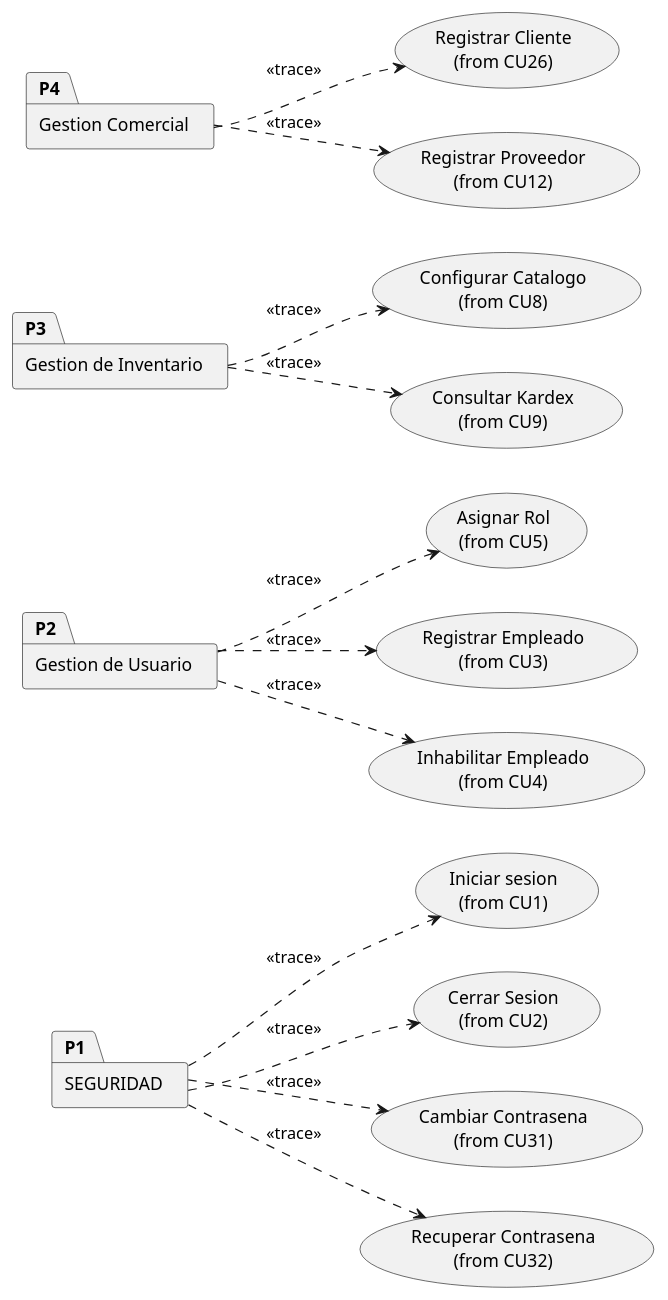
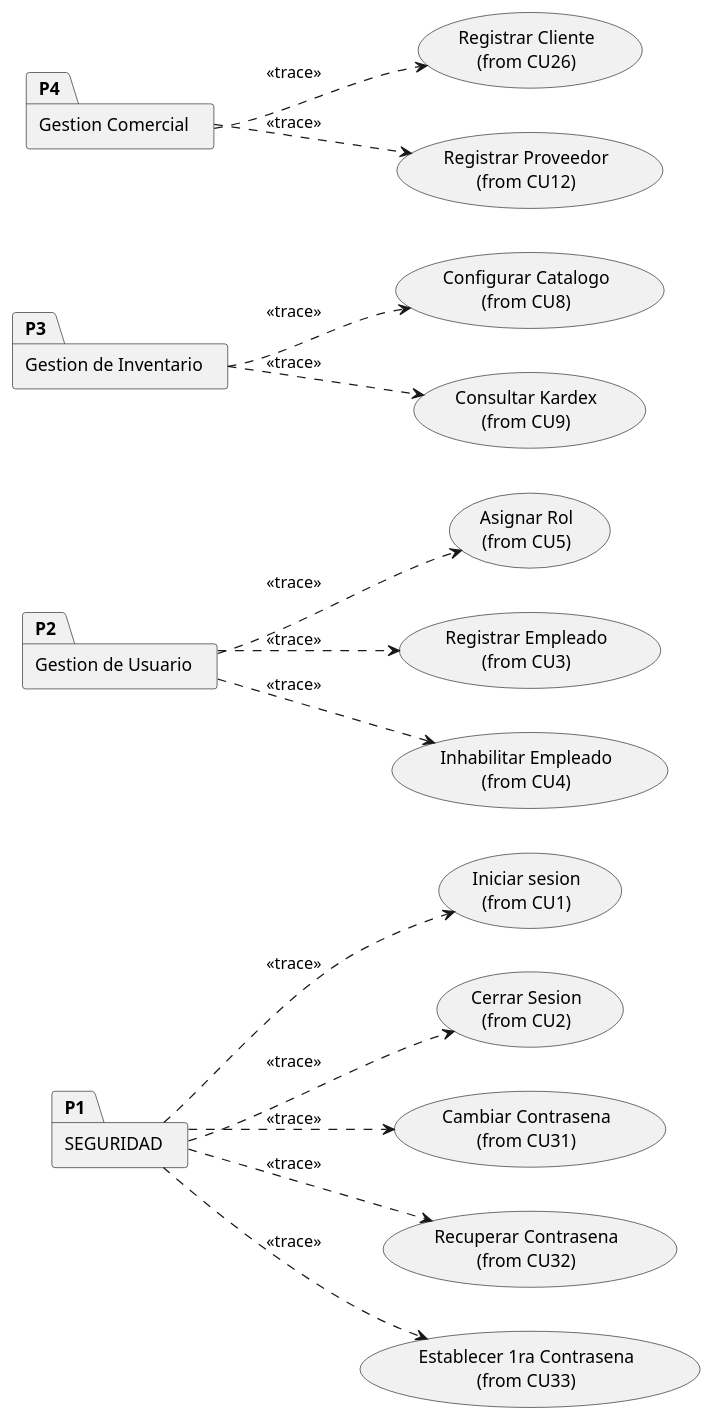
Before and after one commit to INGvainilla/grulacOFICIAL: diagram 21 of 46 in PROYECTO-MAIN/oficial/OFICIAL.md, drawn with PlantUML. The commit also changed other lines of this file and 21 other files, not shown here.

````diff
--- a/PROYECTO-MAIN/oficial/OFICIAL.md
+++ b/PROYECTO-MAIN/oficial/OFICIAL.md
@@ -2293,38 +2388,40 @@
 ```plantuml
 @startuml Paquetes_CU
 left to right direction
 skinparam packageStyle folder
 skinparam backgroundColor transparent
 
 package "SEGURIDAD" as P1
 usecase "Iniciar sesion\n(from CU1)" as CU1
 usecase "Cerrar Sesion\n(from CU2)" as CU2
 usecase "Cambiar Contrasena\n(from CU31)" as CU31
 usecase "Recuperar Contrasena\n(from CU32)" as CU32
+usecase "Establecer 1ra Contrasena\n(from CU33)" as CU33
 P1 ..> CU1 : <<trace>>
 P1 ..> CU2 : <<trace>>
 P1 ..> CU31 : <<trace>>
 P1 ..> CU32 : <<trace>>
+P1 ..> CU33 : <<trace>>
 
 package "Gestion de Usuario" as P2
 usecase "Asignar Rol\n(from CU5)" as CU5
 usecase "Registrar Empleado\n(from CU3)" as CU3
 usecase "Inhabilitar Empleado\n(from CU4)" as CU4
 P2 ..> CU5 : <<trace>>
 P2 ..> CU3 : <<trace>>
 P2 ..> CU4 : <<trace>>
 
 package "Gestion de Inventario" as P3
 usecase "Configurar Catalogo\n(from CU8)" as CU8
 usecase "Consultar Kardex\n(from CU9)" as CU9
 P3 ..> CU8 : <<trace>>
 P3 ..> CU9 : <<trace>>
 
 package "Gestion Comercial" as P4
 usecase "Registrar Cliente\n(from CU26)" as CU26
 usecase "Registrar Proveedor\n(from CU12)" as CU12
 P4 ..> CU26 : <<trace>>
 P4 ..> CU12 : <<trace>>
 
 @enduml
 ```
````
